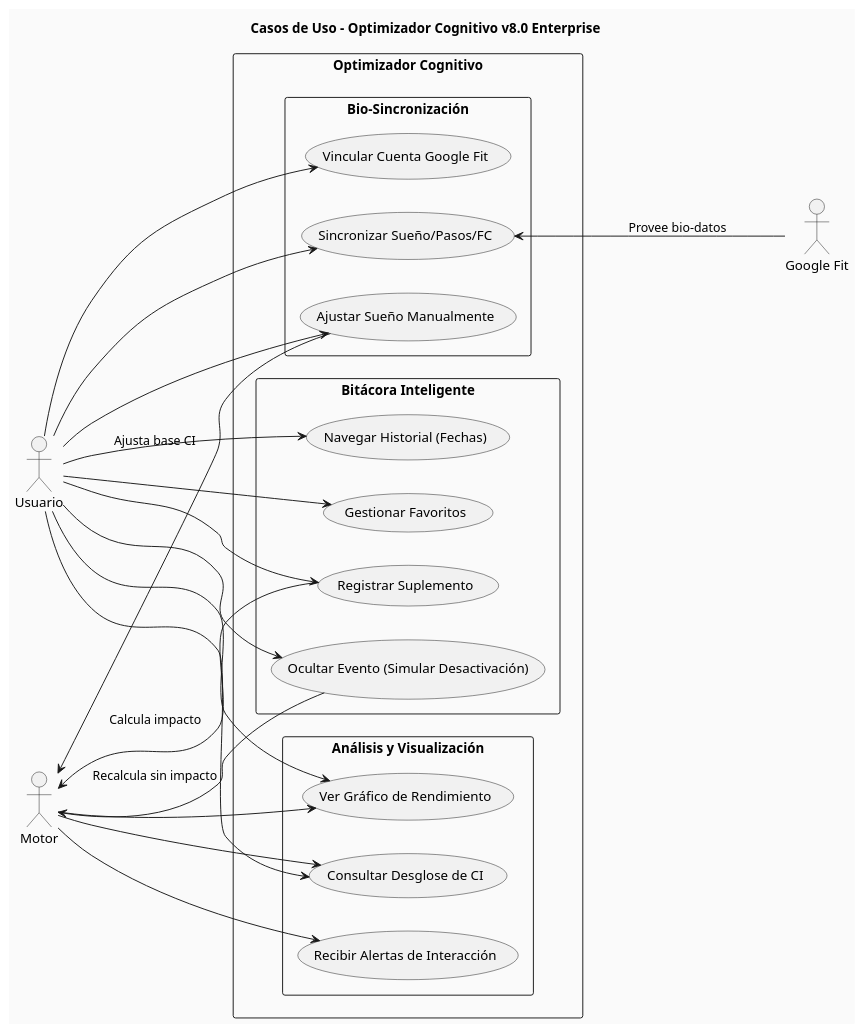
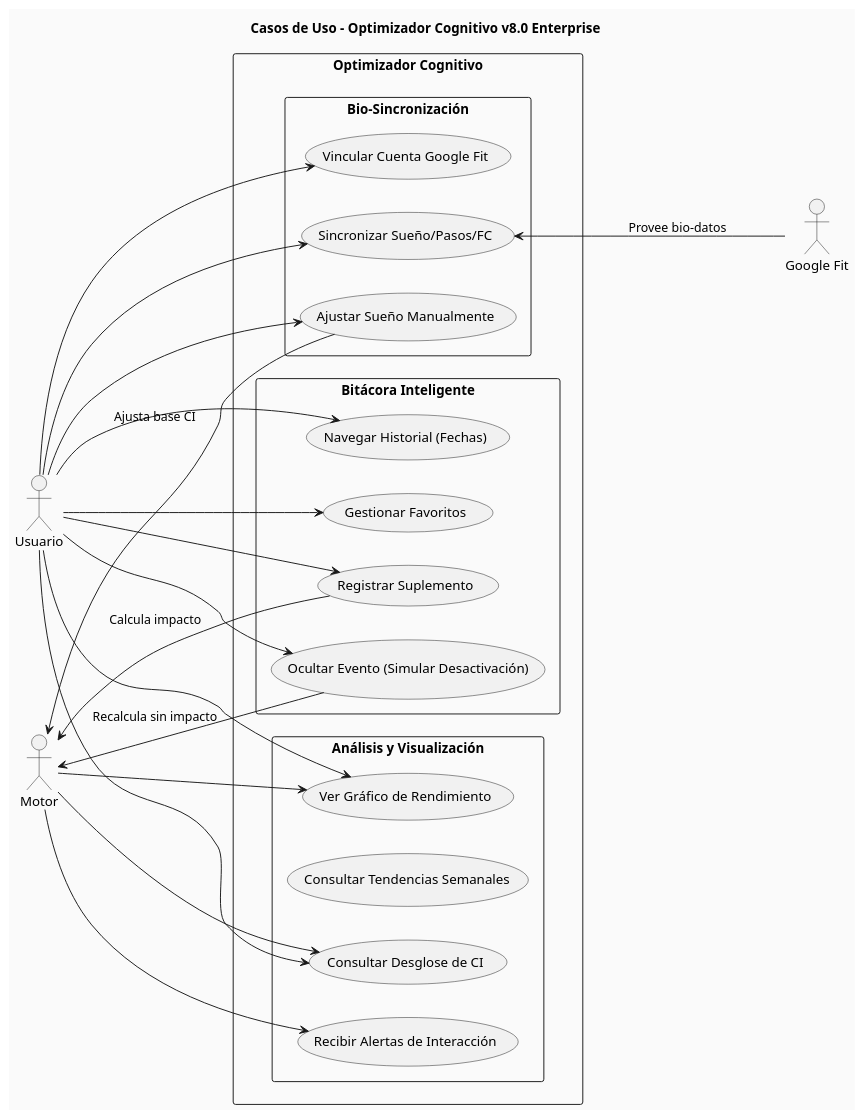
One commit to Camilo-Alberto-Palacio/optimizador-cognitivo changed the diagram in diagramas/usecases.puml. Above: the diagram before and after it, drawn with PlantUML. The commit also changed 3 other files, not shown here.

```diff
--- a/diagramas/usecases.puml
+++ b/diagramas/usecases.puml
@@ -1,52 +1,53 @@
 @startuml UseCases_v2
 left to right direction
 skinparam packageStyle rectangle
 skinparam backgroundColor #FAFAFA
 title Casos de Uso - Optimizador Cognitivo v8.0 Enterprise
 
 actor "Usuario" as User
 actor "Motor" as Engine
 actor "Google Fit" as FitAPI
 
 rectangle "Optimizador Cognitivo" {
 
   package "Bio-Sincronización" {
     usecase "Vincular Cuenta Google Fit" as UC_FitLink
     usecase "Sincronizar Sueño/Pasos/FC" as UC_FitSync
     usecase "Ajustar Sueño Manualmente" as UC_SleepAdj
   }
 
   package "Bitácora Inteligente" {
     usecase "Registrar Suplemento" as UC_Log
     usecase "Navegar Historial (Fechas)" as UC_Nav
     usecase "Ocultar Evento (Simular Desactivación)" as UC_Hide
     usecase "Gestionar Favoritos" as UC_Fav
   }
 
   package "Análisis y Visualización" {
     usecase "Ver Gráfico de Rendimiento" as UC_Chart
+    usecase "Consultar Tendencias Semanales" as UC_Trends
     usecase "Consultar Desglose de CI" as UC_CI_Breakdown
     usecase "Recibir Alertas de Interacción" as UC_Alerts
   }
 }
 
 User --> UC_FitLink
 User --> UC_FitSync
 User --> UC_SleepAdj
 User --> UC_Log
 User --> UC_Nav
 User --> UC_Hide
 User --> UC_Fav
 User --> UC_Chart
 User --> UC_CI_Breakdown
 
 UC_FitSync <--- FitAPI : "Provee bio-datos"
 UC_Log --> Engine : "Calcula impacto"
 UC_Hide --> Engine : "Recalcula sin impacto"
 UC_SleepAdj --> Engine : "Ajusta base CI"
 
 Engine --> UC_Chart
 Engine --> UC_CI_Breakdown
 Engine --> UC_Alerts
 
 @enduml
```
